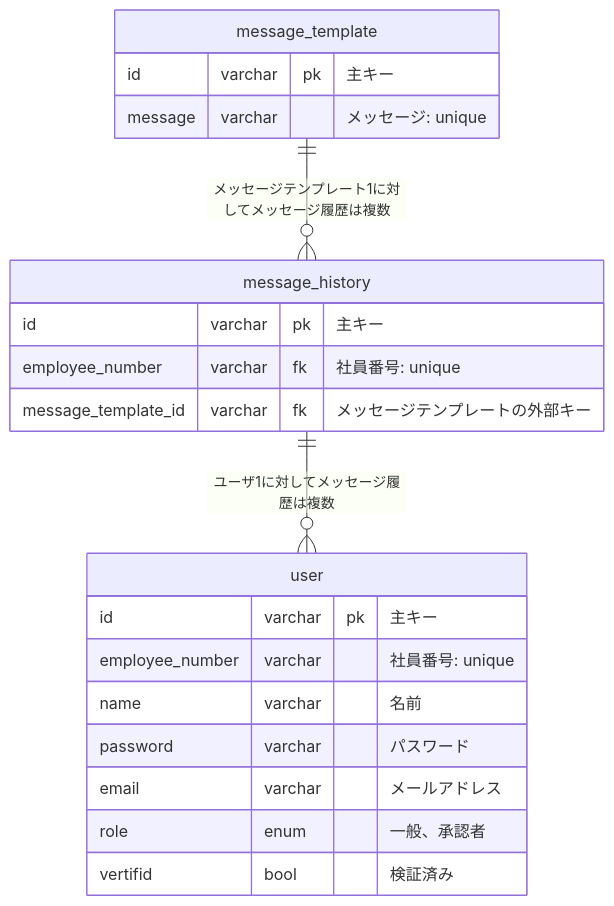
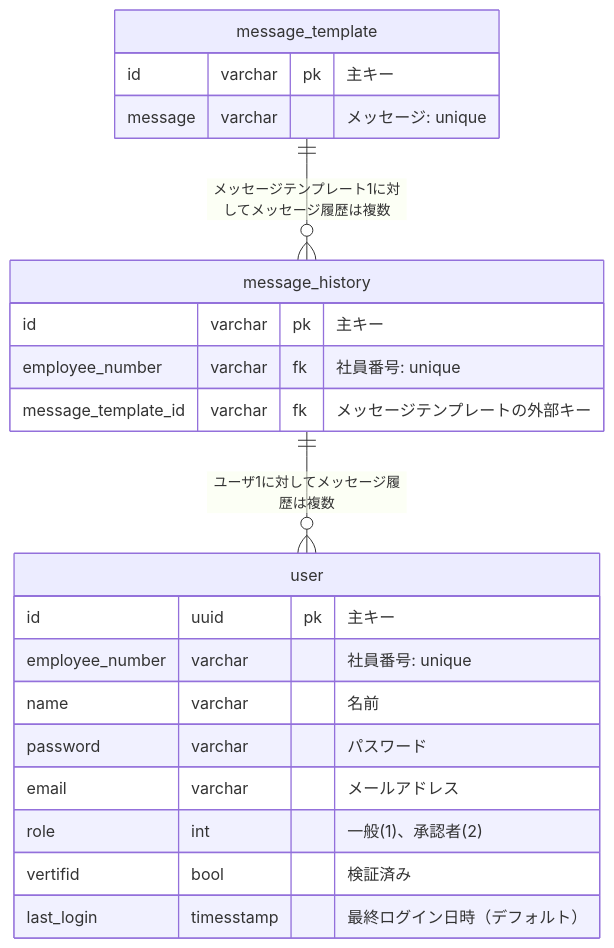
Before and after one commit to takuron1996/practice_appform: the diagram in docs/ER図.md, drawn with Mermaid. The commit also changed 10 other files, not shown here.

````diff
--- a/docs/ER図.md
+++ b/docs/ER図.md
@@ -7,29 +7,30 @@
 ```mermaid
 erDiagram
-    %% ユーザ情報
+    %% システムユーザ
     user{
-        id varchar pk "主キー"
+        id uuid pk "主キー"
         employee_number varchar "社員番号: unique"
         name varchar "名前"
         password varchar "パスワード"
         email varchar "メールアドレス"
-        role enum "一般、承認者"
+        role int "一般(1)、承認者(2)"
         vertifid bool "検証済み"
+        last_login timesstamp "最終ログイン日時（デフォルト）"
     }
 
     %%メッセージ履歴
     message_history {
         id varchar pk "主キー"
         employee_number varchar fk "社員番号: unique"
         message_template_id varchar fk "メッセージテンプレートの外部キー"
     }
 
     %%メッセージテンプレート
     message_template {
         id varchar pk "主キー"
         message varchar "メッセージ: unique"
     }
 
     message_template ||--o{ message_history : "メッセージテンプレート1に対してメッセージ履歴は複数"
     message_history ||--o{ user : "ユーザ1に対してメッセージ履歴は複数"
 ```
````
